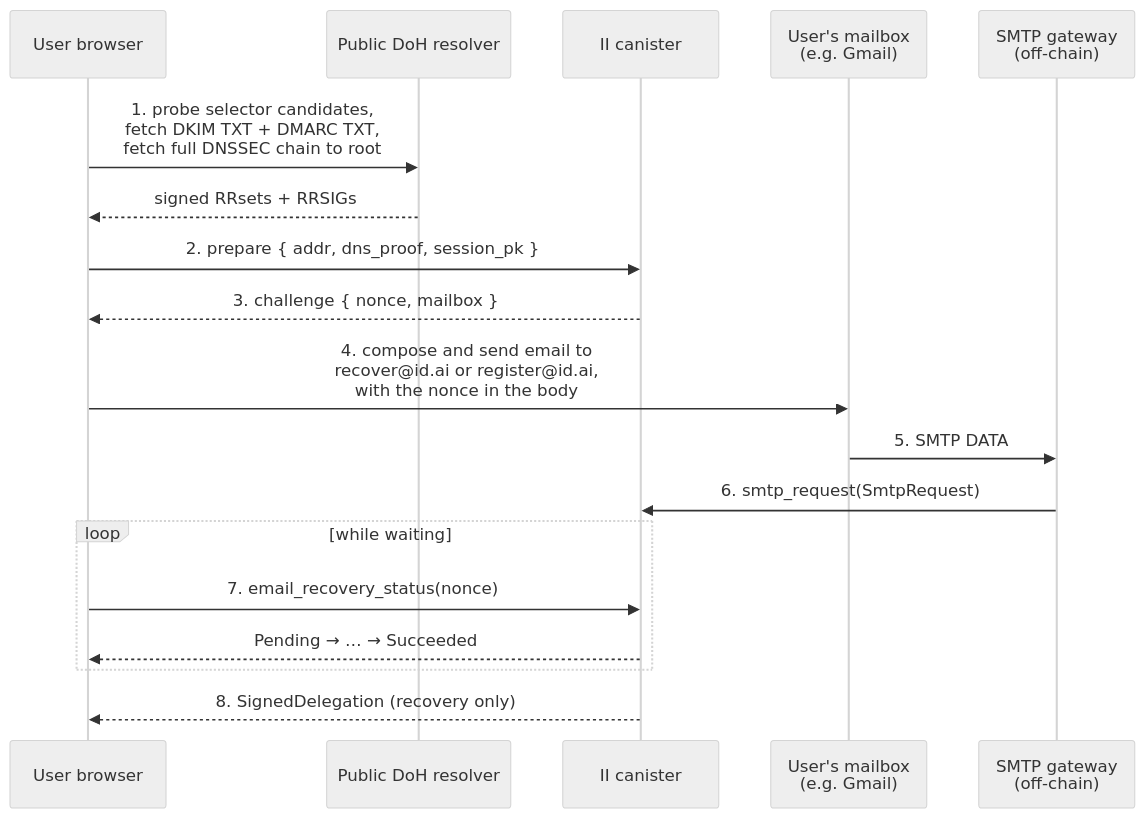
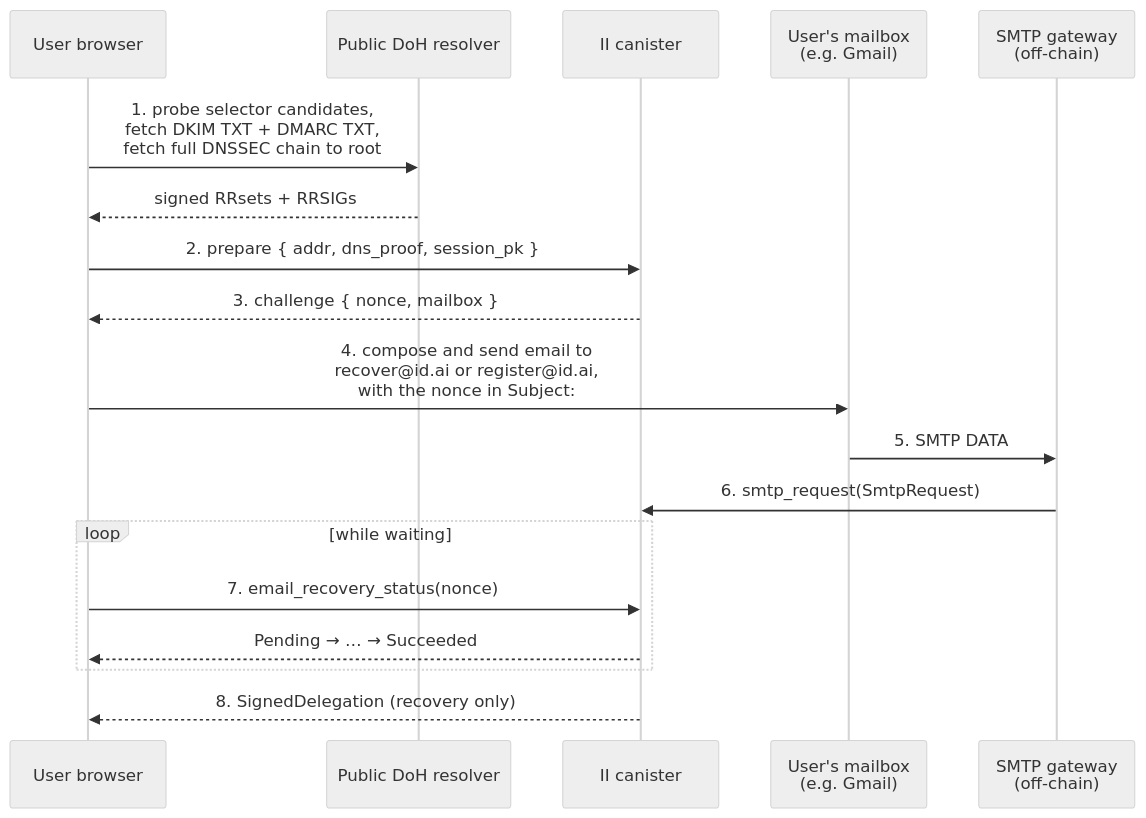
Before and after one commit to dfinity/internet-identity: the first of 3 diagrams in docs/ongoing/email-recovery.md, drawn with Mermaid (neutral theme). The commit also changed other lines of this file, not shown here.

First line of the commit message:
design(email-recovery): nonce in Subject header, explicit phishing analysis

````diff
--- a/docs/ongoing/email-recovery.md
+++ b/docs/ongoing/email-recovery.md
@@ -112,24 +126,24 @@
 ```mermaid
 sequenceDiagram
     participant User as User browser
     participant DNS as Public DoH resolver
     participant II as II canister
     participant Mail as User's mailbox<br/>(e.g. Gmail)
     participant GW as SMTP gateway<br/>(off-chain)
 
     User->>DNS: 1. probe selector candidates,<br/>fetch DKIM TXT + DMARC TXT,<br/>fetch full DNSSEC chain to root
     DNS-->>User: signed RRsets + RRSIGs
 
     User->>II: 2. prepare { addr, dns_proof, session_pk }
     II-->>User: 3. challenge { nonce, mailbox }
 
-    User->>Mail: 4. compose and send email to<br/>recover@id.ai or register@id.ai,<br/>with the nonce in the body
+    User->>Mail: 4. compose and send email to<br/>recover@id.ai or register@id.ai,<br/>with the nonce in Subject:
     Mail->>GW: 5. SMTP DATA
     GW->>II: 6. smtp_request(SmtpRequest)
 
     loop while waiting
         User->>II: 7. email_recovery_status(nonce)
         II-->>User: Pending → … → Succeeded
     end
     II-->>User: 8. SignedDelegation (recovery only)
 ```
````
